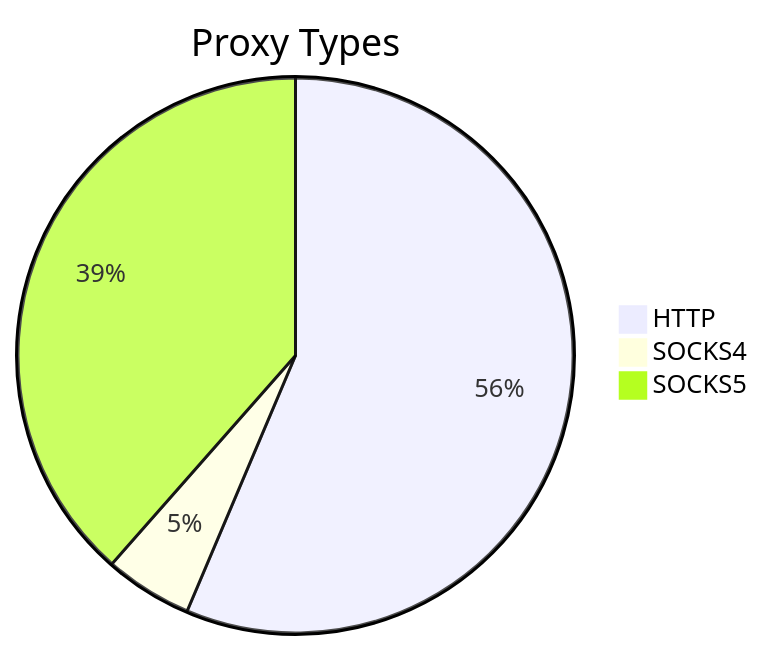
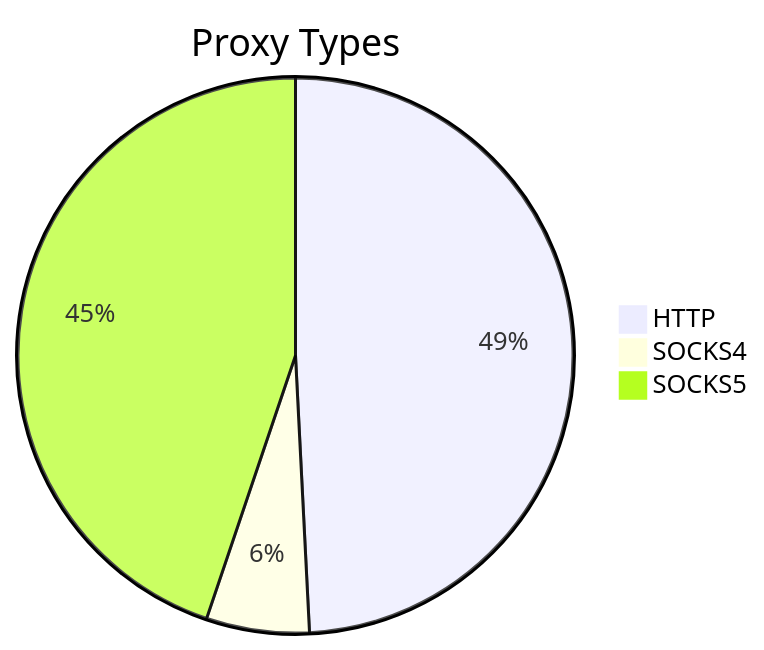
The first of 2 diagrams in README.md (stormsia/proxy-list), drawn with Mermaid before and after one commit. The commit also changed other lines of this file, not shown here.

````diff
--- a/README.md
+++ b/README.md
@@ -21,6 +21,6 @@
 ```mermaid
 pie title Proxy Types
-    "HTTP" : 552
-    "SOCKS4" : 50
-    "SOCKS5" : 377
+    "HTTP" : 550
+    "SOCKS4" : 67
+    "SOCKS5" : 501
 ```
````
